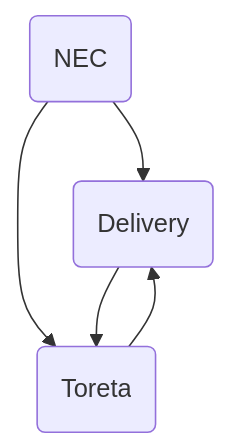
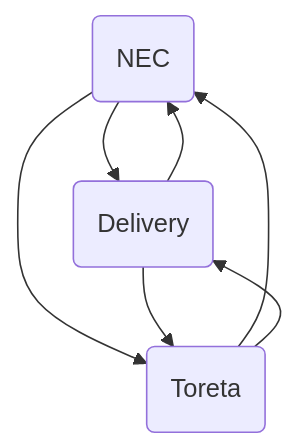
Before and after one commit to plienta/DS: the diagram in day sth.md, drawn with Mermaid.

Commit message:
Update day sth.md

````diff
--- a/day sth.md
+++ b/day sth.md
@@ -10,7 +10,9 @@
 ``` mermaid
 graph TD;
     A(NEC)-->B(Delivery);
+    B-->A;
     A-->C(Toreta);
+    C-->A;
     B-->C;
     C-->B;
 ```
````
